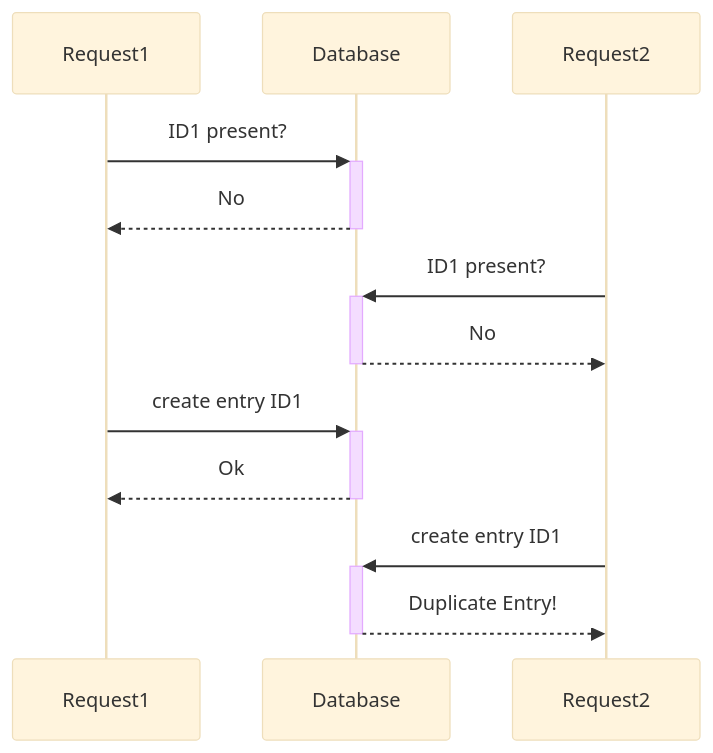
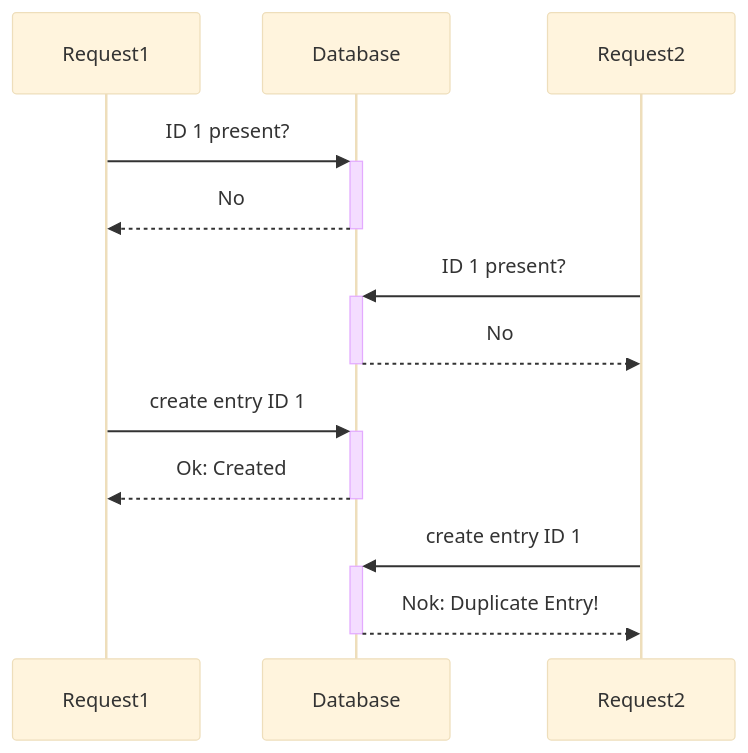
The diagram in Exercises/Coordination/Solutions.md (fhirter/ParalleleUndVerteilteSysteme), drawn with Mermaid (base theme) before and after one commit.

Commit message:
formatting

````diff
--- a/Exercises/Coordination/Solutions.md
+++ b/Exercises/Coordination/Solutions.md
@@ -3,11 +3,11 @@
 ```mermaid
 sequenceDiagram
-    Request1->>+Database: ID1 present?
+    Request1->>+Database: ID 1 present?
     Database-->>-Request1: No
-    Request2->>+Database: ID1 present?
+    Request2->>+Database: ID 1 present?
     Database-->>-Request2: No
-    Request1->>+Database: create entry ID1
-    Database-->>-Request1: Ok
-    Request2->>+Database: create entry ID1
-    Database-->>-Request2: Duplicate Entry!
+    Request1->>+Database: create entry ID 1
+    Database-->>-Request1: Ok: Created
+    Request2->>+Database: create entry ID 1
+    Database-->>-Request2: Nok: Duplicate Entry!
 ```
````
